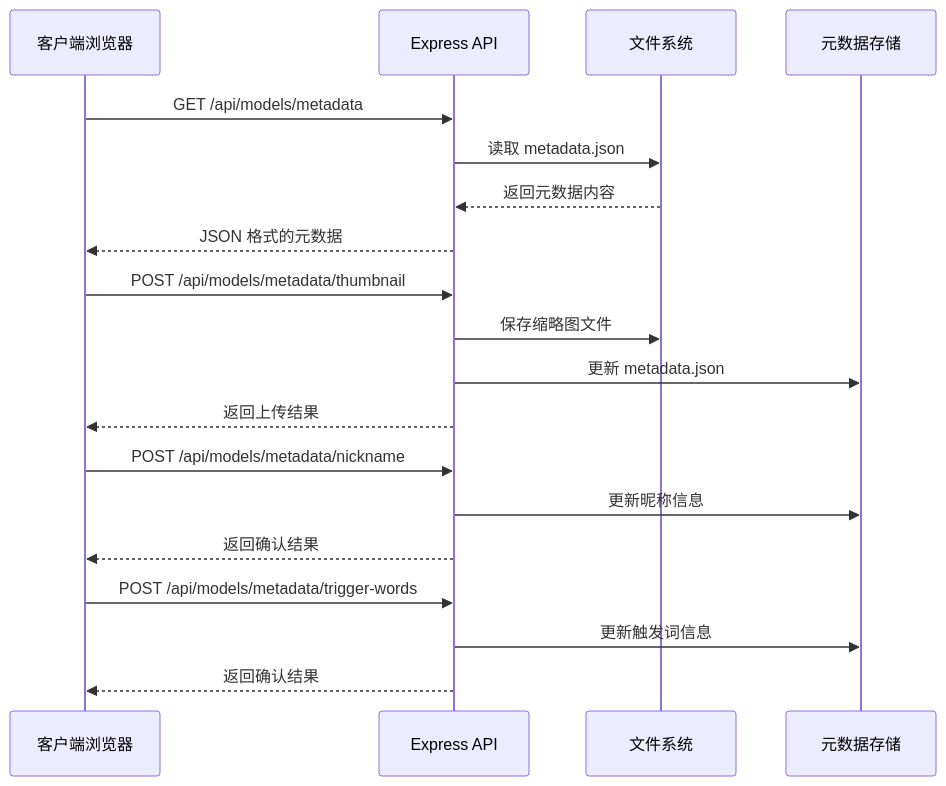
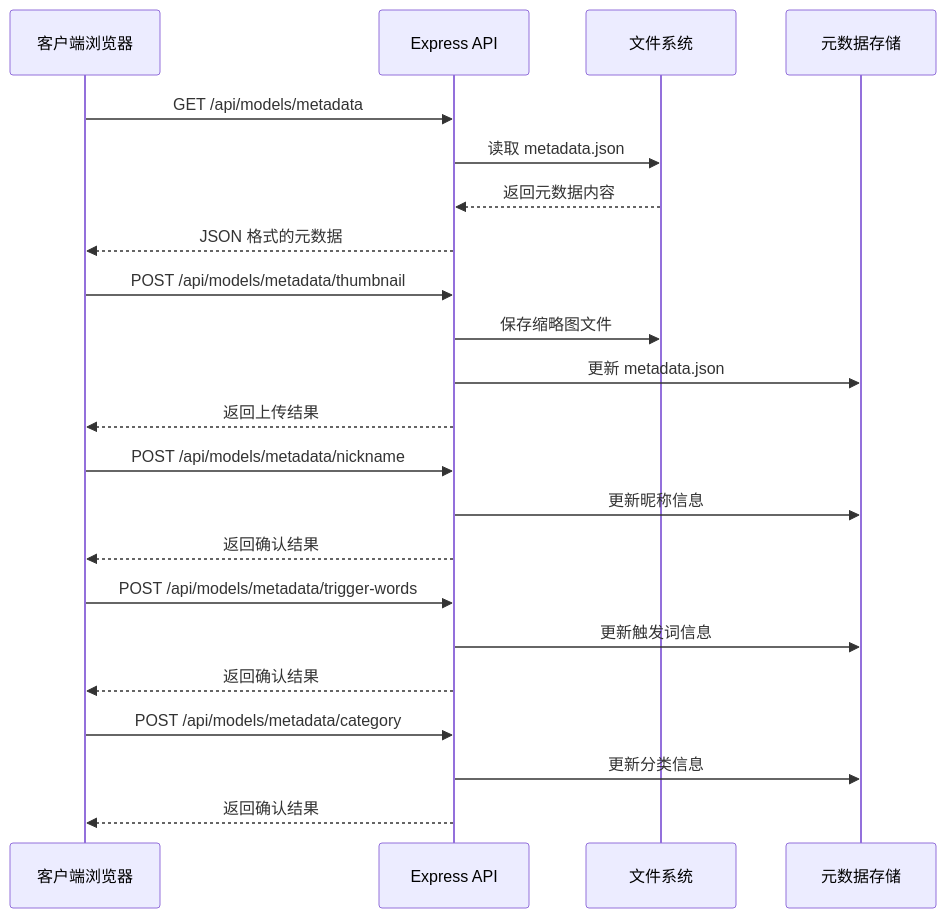
Before and after one commit to billye220670/CorineKit_Pix2Real: the second of 14 diagrams in .qoder/repowiki/zh/content/前端应用/模型元数据管理.md, drawn with Mermaid. The commit also changed other lines of this file and 11 other files, not shown here.

````diff
--- a/.qoder/repowiki/zh/content/前端应用/模型元数据管理.md
+++ b/.qoder/repowiki/zh/content/前端应用/模型元数据管理.md
@@ -112,21 +120,24 @@
 ```mermaid
 sequenceDiagram
 participant Client as 客户端浏览器
 participant API as Express API
 participant FS as 文件系统
 participant Meta as 元数据存储
 Client->>API : GET /api/models/metadata
 API->>FS : 读取 metadata.json
 FS-->>API : 返回元数据内容
 API-->>Client : JSON 格式的元数据
 Client->>API : POST /api/models/metadata/thumbnail
 API->>FS : 保存缩略图文件
 API->>Meta : 更新 metadata.json
 API-->>Client : 返回上传结果
 Client->>API : POST /api/models/metadata/nickname
 API->>Meta : 更新昵称信息
 API-->>Client : 返回确认结果
 Client->>API : POST /api/models/metadata/trigger-words
 API->>Meta : 更新触发词信息
 API-->>Client : 返回确认结果
+Client->>API : POST /api/models/metadata/category
+API->>Meta : 更新分类信息
+API-->>Client : 返回确认结果
 ```
````
